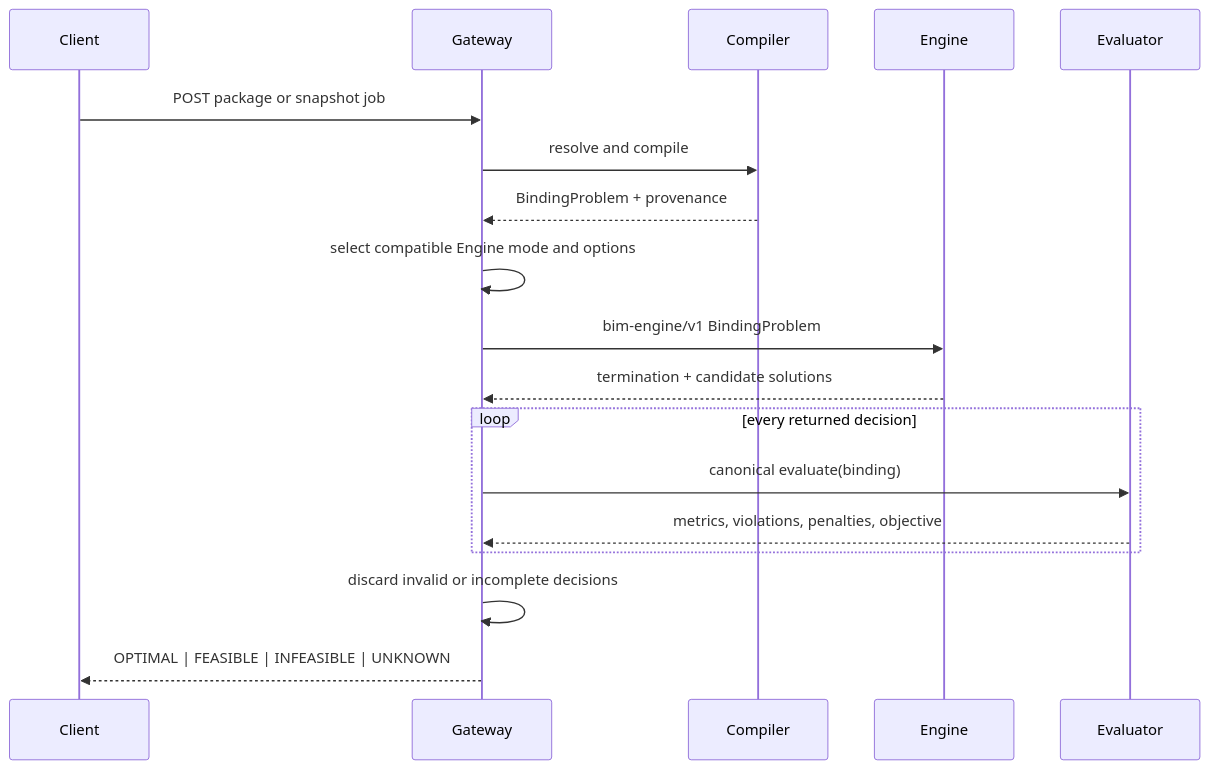
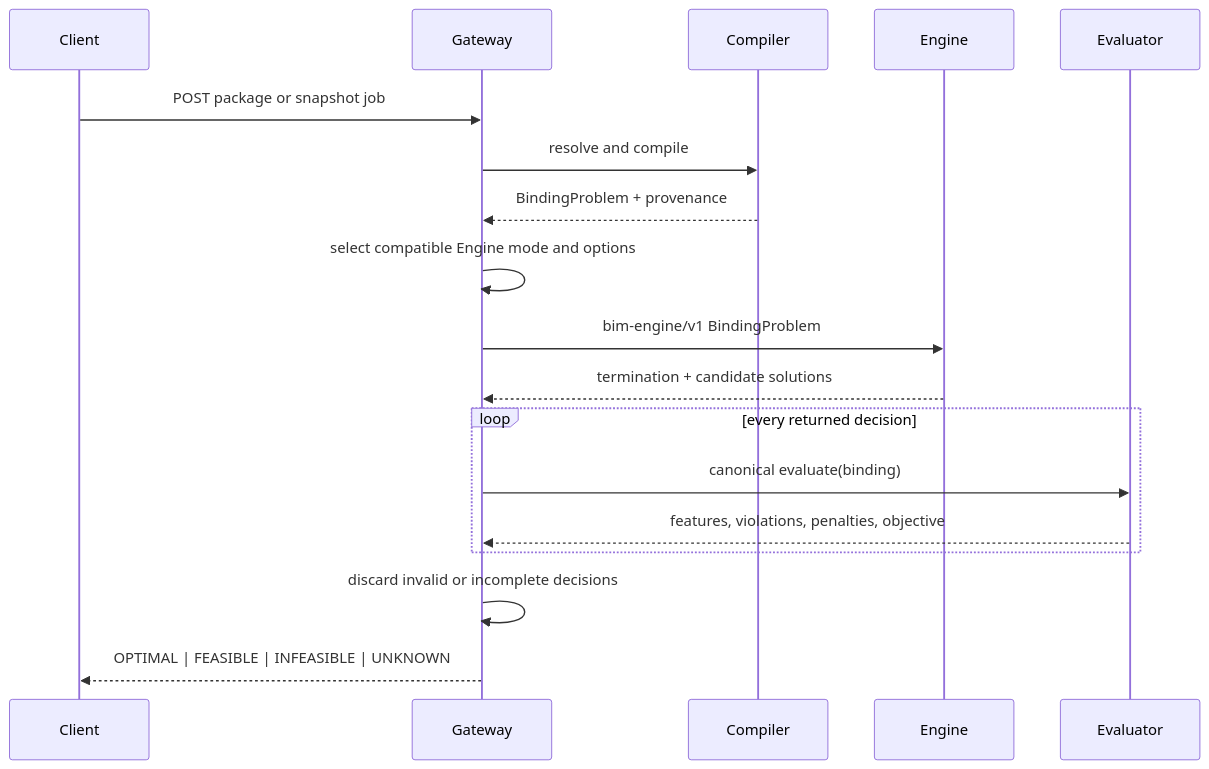
The third of 4 diagrams in docs/models/04-ir-and-execution.md (isa-group/OpenBinding), drawn with Mermaid before and after one commit. The commit also changed 398 other files, not shown here.

First line of the commit message:
refactor(bim): migrate metrics to features across schemas, compiler, engines, and corpus

````diff
--- a/docs/models/04-ir-and-execution.md
+++ b/docs/models/04-ir-and-execution.md
@@ -88,22 +88,22 @@
 ```mermaid
 sequenceDiagram
   accTitle: BIM job execution and authoritative reevaluation
   accDescr: A client submits a complete package or immutable snapshot, the gateway compiles and selects a compatible mode, the Engine searches the canonical IR, and the gateway reevaluates every returned decision before persisting the result.
   participant Client
   participant Gateway
   participant Compiler
   participant Engine
   participant Evaluator
   Client->>Gateway: POST package or snapshot job
   Gateway->>Compiler: resolve and compile
   Compiler-->>Gateway: BindingProblem + provenance
   Gateway->>Gateway: select compatible Engine mode and options
   Gateway->>Engine: bim-engine/v1 BindingProblem
   Engine-->>Gateway: termination + candidate solutions
   loop every returned decision
     Gateway->>Evaluator: canonical evaluate(binding)
-    Evaluator-->>Gateway: metrics, violations, penalties, objective
+    Evaluator-->>Gateway: features, violations, penalties, objective
   end
   Gateway->>Gateway: discard invalid or incomplete decisions
   Gateway-->>Client: OPTIMAL | FEASIBLE | INFEASIBLE | UNKNOWN
 ```
````
